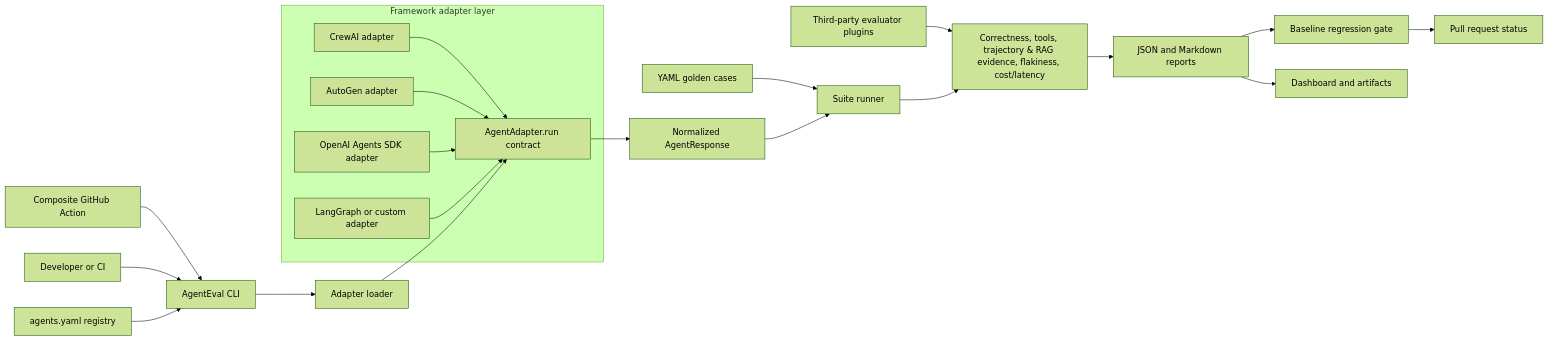
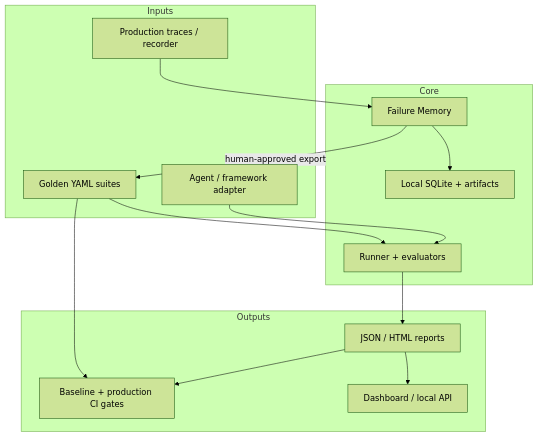
Before and after one commit to nishanttyagi28/agenteval: the second of 2 diagrams in README.md, drawn with Mermaid (forest theme). The commit also changed other lines of this file, not shown here.

First line of the commit message:
docs: rewrite README for AgentEval v0.3.0

````diff
--- a/README.md
+++ b/README.md
@@ -134,30 +237,30 @@
 ```mermaid
-flowchart LR
-    Action["Composite GitHub Action"] --> CLI["AgentEval CLI"]
-    Developer["Developer or CI"] --> CLI
-    Registry["agents.yaml registry"] --> CLI
-    CLI --> Loader["Adapter loader"]
+flowchart TB
+  subgraph Inputs
+    Agent["Agent / framework adapter"]
+    Cases["Golden YAML suites"]
+    Prod["Production traces / recorder"]
+  end
 
-    subgraph AdapterLayer["Framework adapter layer"]
-        Contract["AgentAdapter.run contract"]
-        CrewAI["CrewAI adapter"]
-        AutoGen["AutoGen adapter"]
-        OpenAIAgents["OpenAI Agents SDK adapter"]
-        Custom["LangGraph or custom adapter"]
-        CrewAI --> Contract
-        AutoGen --> Contract
-        OpenAIAgents --> Contract
-        Custom --> Contract
-    end
+  subgraph Core
+    Runner["Runner + evaluators"]
+    FM["Failure Memory"]
+    SQLite["Local SQLite + artifacts"]
+  end
 
-    Loader --> Contract
-    Contract --> Response["Normalized AgentResponse"]
-    Cases["YAML golden cases"] --> Runner["Suite runner"]
-    Response --> Runner
-    Plugins["Third-party evaluator plugins"] --> Scoring
-    Runner --> Scoring["Correctness, tools, trajectory & RAG evidence, flakiness, cost/latency"]
-    Scoring --> Reports["JSON and Markdown reports"]
-    Reports --> Gate["Baseline regression gate"]
-    Gate --> CI["Pull request status"]
-    Reports --> Dashboard["Dashboard and artifacts"]
+  subgraph Outputs
+    Report["JSON / HTML reports"]
+    Gate["Baseline + production CI gates"]
+    Dash["Dashboard / local API"]
+  end
+
+  Agent --> Runner
+  Cases --> Runner
+  Prod --> FM
+  FM --> SQLite
+  FM -->|"human-approved export"| Cases
+  Runner --> Report
+  Report --> Gate
+  Report --> Dash
+  Cases --> Gate
 ```
````
